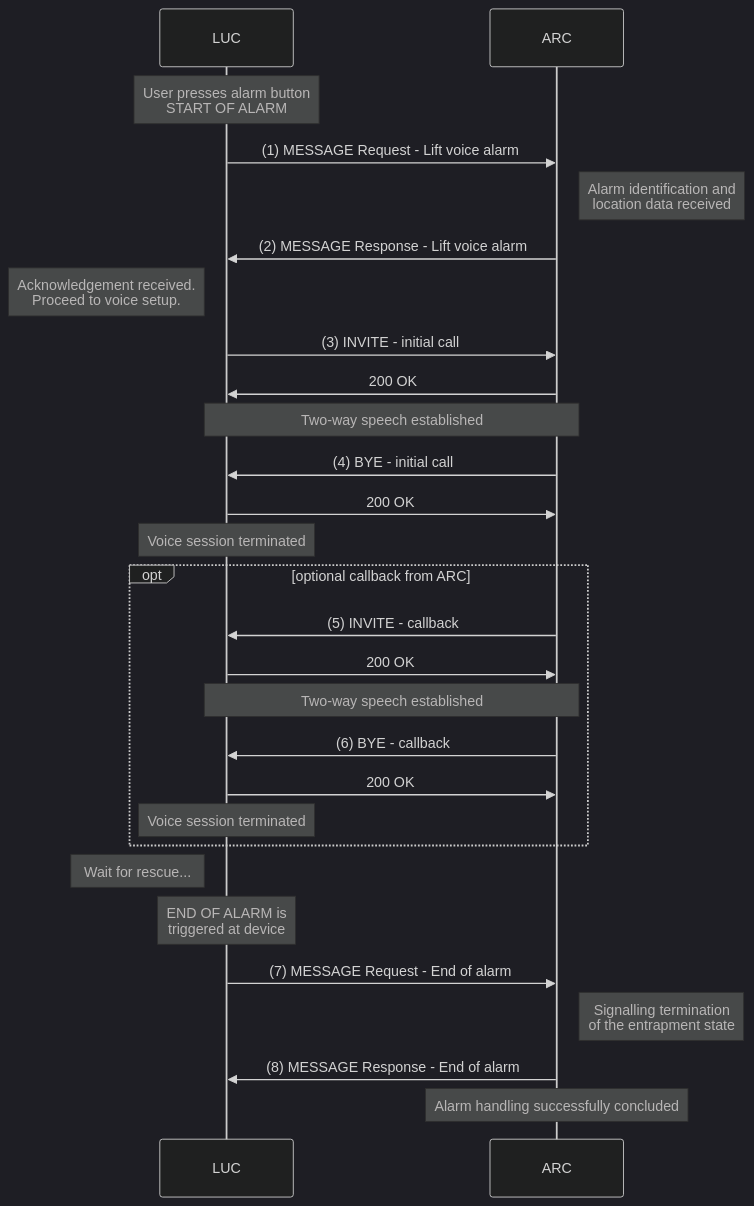
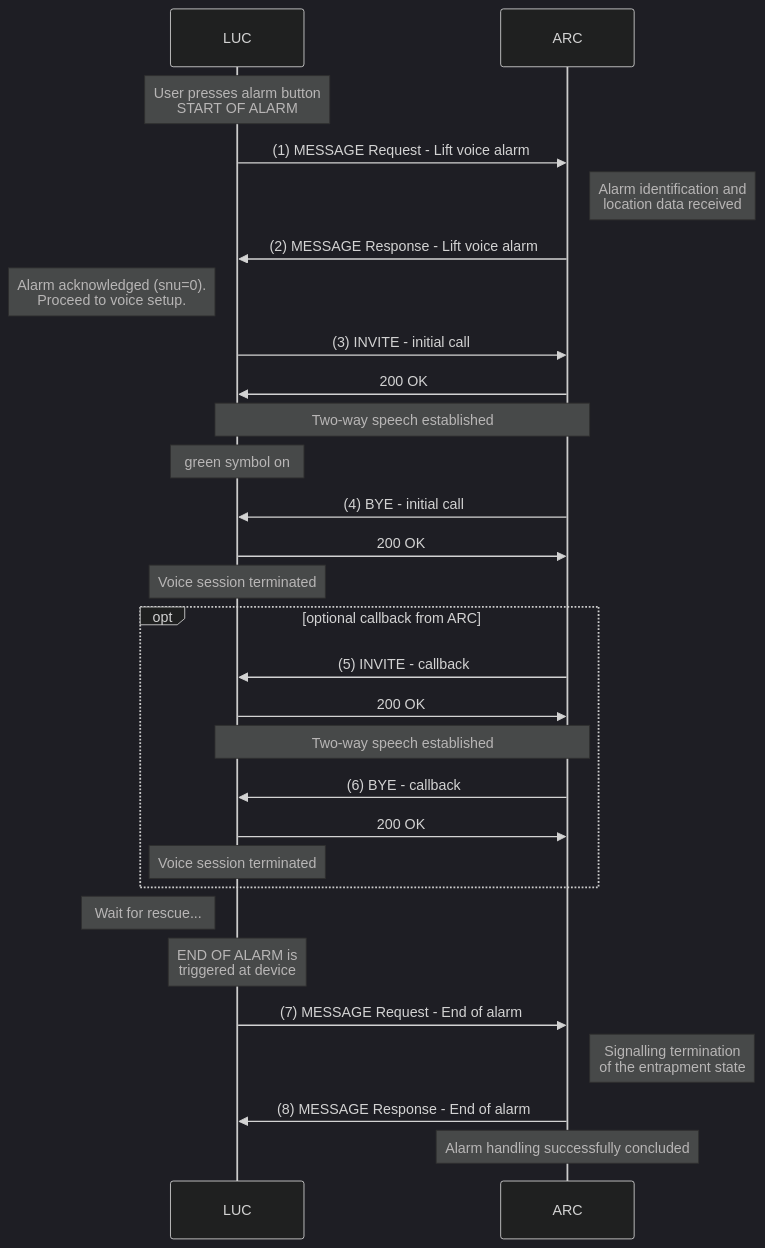
The first of 12 diagrams in LACS-usecases.md (Telegartner-Elektronik/LACS-Protocol), drawn with Mermaid (dark theme) before and after one commit. The commit also changed other lines of this file and 10 other files, not shown here.

````diff
--- a/LACS-usecases.md
+++ b/LACS-usecases.md
@@ -21,42 +46,43 @@
 ```mermaid
 sequenceDiagram
     participant LUC
     participant ARC
 
     Note over LUC: User presses alarm button<br>START OF ALARM
 
     LUC->>ARC: (1) MESSAGE Request - Lift voice alarm
     Note right of ARC: Alarm identification and<br> location data received
 
     ARC->>LUC: (2) MESSAGE Response - Lift voice alarm
-    Note left of LUC: Acknowledgement received.<br>Proceed to voice setup.
+    Note left of LUC: Alarm acknowledged (snu=0).<br>Proceed to voice setup.
 
     LUC->>ARC: (3) INVITE - initial call
     ARC->>LUC: 200 OK
 
-	Note over LUC, ARC: Two-way speech established
+    Note over LUC, ARC: Two-way speech established
+    Note over LUC: green symbol on
 
     ARC->>LUC: (4) BYE - initial call
     LUC->>ARC: 200 OK
     Note over LUC: Voice session terminated
 
     opt optional callback from ARC
         ARC->>LUC: (5) INVITE - callback
         LUC->>ARC: 200 OK
 
         Note over LUC, ARC: Two-way speech established
 
         ARC->>LUC: (6) BYE - callback
         LUC->>ARC: 200 OK
         Note over LUC: Voice session terminated
     end
 
     Note left of LUC: Wait for rescue...
     Note over LUC: END OF ALARM is<br> triggered at device
 
     LUC->>ARC: (7) MESSAGE Request - End of alarm
     Note right of ARC: Signalling termination<br> of the entrapment state
 
     ARC->>LUC: (8) MESSAGE Response - End of alarm
     Note over ARC: Alarm handling successfully concluded
 ```
````
